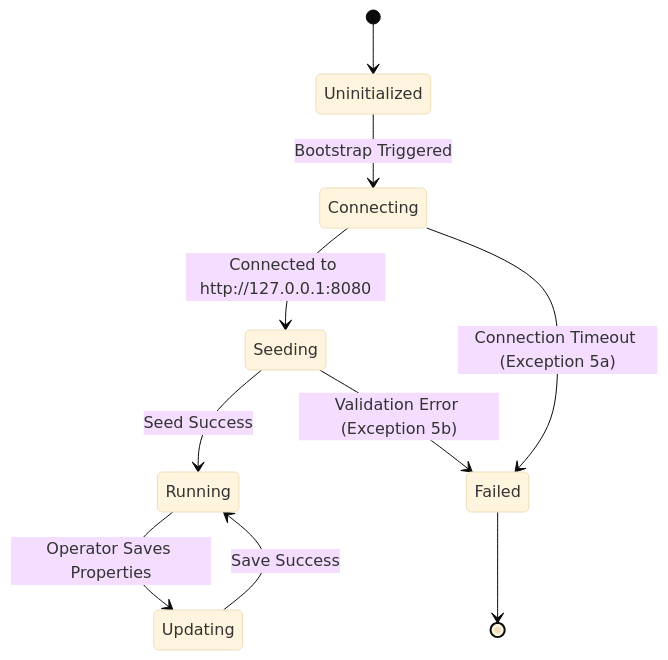
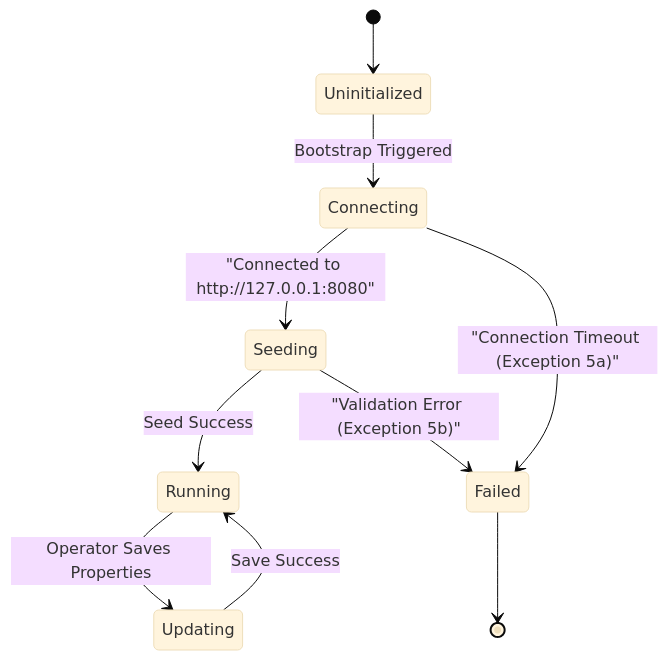
One commit to gintatkinson/digital-pipeline-repo changed the second of 2 diagrams in .pipeline/domain_specs/uc-02-local-firebase-emulator.md. Above: the diagram before and after it, drawn with Mermaid (base theme). The commit also changed 10 other files, not shown here.

````diff
--- a/.pipeline/domain_specs/uc-02-local-firebase-emulator.md
+++ b/.pipeline/domain_specs/uc-02-local-firebase-emulator.md
@@ -67,12 +67,12 @@
 ```mermaid
 stateDiagram-v2
     [*] --> Uninitialized
     Uninitialized --> Connecting : Bootstrap Triggered
-    Connecting --> Seeding : Connected to http://127.0.0.1:8080
-    Connecting --> Failed : Connection Timeout (Exception 5a)
+    Connecting --> Seeding : "Connected to http://127.0.0.1:8080"
+    Connecting --> Failed : "Connection Timeout (Exception 5a)"
     Seeding --> Running : Seed Success
-    Seeding --> Failed : Validation Error (Exception 5b)
+    Seeding --> Failed : "Validation Error (Exception 5b)"
     Running --> Updating : Operator Saves Properties
     Updating --> Running : Save Success
     Failed --> [*]
 ```
````
